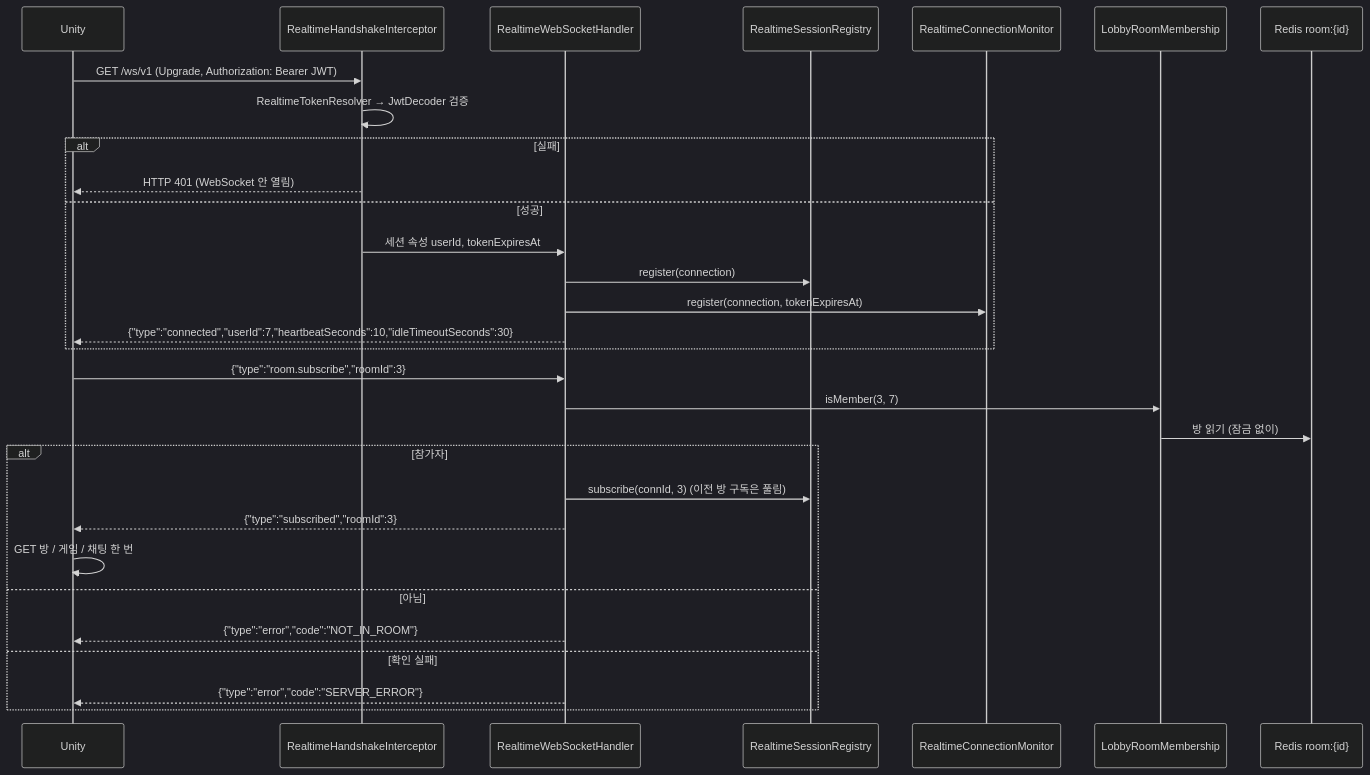
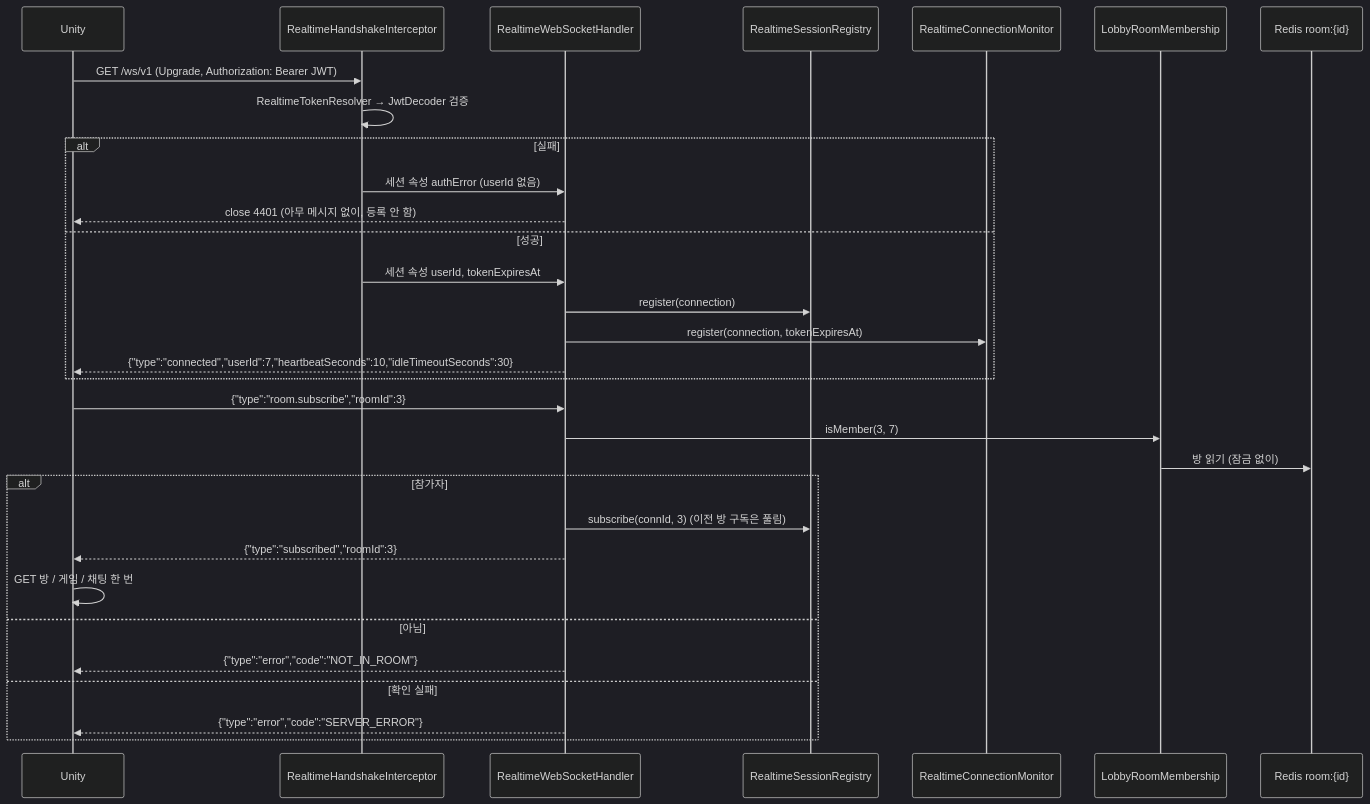
Before and after one commit to IamREALcitizen/project_server: the first of 5 diagrams in Claude outputs/멀티서버_04_WebSocket_서버.md, drawn with Mermaid (dark theme). The commit also changed other lines of this file and 7 other files, not shown here.

Commit message:
feat(realtime): WebSocket 인증 실패를 HTTP 401 대신 연결 후 close 4401로 알림 (/ws는 Security Bearer 검사 제외)

````diff
--- a/Claude outputs/멀티서버_04_WebSocket_서버.md
+++ b/Claude outputs/멀티서버_04_WebSocket_서버.md
@@ -64,33 +64,34 @@
 ```mermaid
 sequenceDiagram
     participant U as Unity
     participant HI as RealtimeHandshakeInterceptor
     participant H as RealtimeWebSocketHandler
     participant Reg as RealtimeSessionRegistry
     participant Mon as RealtimeConnectionMonitor
     participant M as LobbyRoomMembership
     participant Redis as Redis room:{id}
 
     U->>HI: GET /ws/v1 (Upgrade, Authorization: Bearer JWT)
     HI->>HI: RealtimeTokenResolver → JwtDecoder 검증
     alt 실패
-        HI-->>U: HTTP 401 (WebSocket 안 열림)
+        HI->>H: 세션 속성 authError (userId 없음)
+        H-->>U: close 4401 (아무 메시지 없이, 등록 안 함)
     else 성공
         HI->>H: 세션 속성 userId, tokenExpiresAt
         H->>Reg: register(connection)
         H->>Mon: register(connection, tokenExpiresAt)
         H-->>U: {"type":"connected","userId":7,"heartbeatSeconds":10,"idleTimeoutSeconds":30}
     end
     U->>H: {"type":"room.subscribe","roomId":3}
     H->>M: isMember(3, 7)
     M->>Redis: 방 읽기 (잠금 없이)
     alt 참가자
         H->>Reg: subscribe(connId, 3)  (이전 방 구독은 풀림)
         H-->>U: {"type":"subscribed","roomId":3}
         U->>U: GET 방 / 게임 / 채팅 한 번
     else 아님
         H-->>U: {"type":"error","code":"NOT_IN_ROOM"}
     else 확인 실패
         H-->>U: {"type":"error","code":"SERVER_ERROR"}
     end
 ```
````
